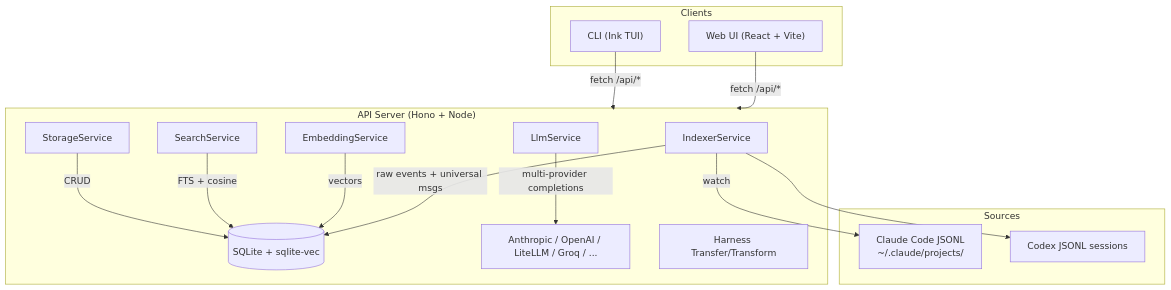
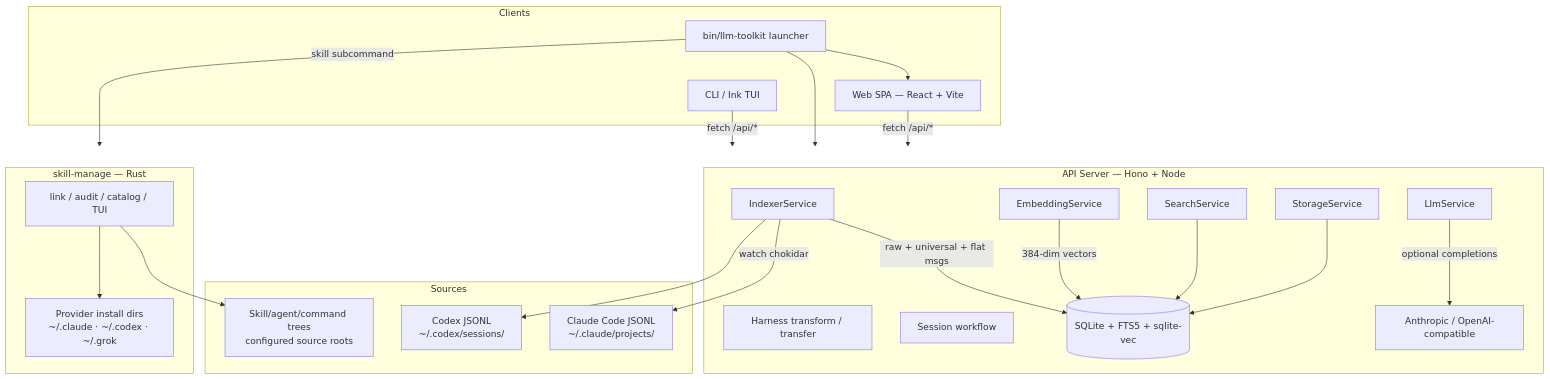
One commit to the-robot-lives/llm-toolkit changed the diagram in docs/PROJ-ARCH.md. Above: the diagram before and after it, drawn with Mermaid. The commit also changed other lines of this file and 10 other files, not shown here.

````diff
--- a/docs/PROJ-ARCH.md
+++ b/docs/PROJ-ARCH.md
@@ -11,26 +13,43 @@
 ```mermaid
 graph TB
     subgraph Sources
         CC["Claude Code JSONL<br/>~/.claude/projects/"]
-        CX["Codex JSONL sessions"]
+        CX["Codex JSONL<br/>~/.codex/sessions/"]
+        SK["Skill/agent/command trees<br/>configured source roots"]
     end
 
-    subgraph API["API Server (Hono + Node)"]
-        IDX[IndexerService] -->|raw events + universal msgs| DB[(SQLite + sqlite-vec)]
-        EMB[EmbeddingService] -->|vectors| DB
-        SRH[SearchService] -->|FTS + cosine| DB
-        STO[StorageService] -->|CRUD| DB
-        LLM[LlmService] -->|multi-provider completions| EXT["Anthropic / OpenAI / LiteLLM / Groq / ..."]
-        XFR[Harness Transfer/Transform]
-        IDX -->|watch| CC
+    subgraph API["API Server — Hono + Node"]
+        IDX[IndexerService]
+        EMB[EmbeddingService]
+        SRH[SearchService]
+        STO[StorageService]
+        LLM[LlmService]
+        XFR[Harness transform / transfer]
+        SESS[Session workflow]
+        IDX -->|raw + universal + flat msgs| DB[(SQLite + FTS5 + sqlite-vec)]
+        EMB -->|384-dim vectors| DB
+        SRH --> DB
+        STO --> DB
+        LLM -->|optional completions| EXT["Anthropic / OpenAI-compatible"]
+        IDX -->|watch chokidar| CC
         IDX --> CX
     end
 
     subgraph Clients
-        WEB["Web UI (React + Vite)"]
-        CLI["CLI (Ink TUI)"]
+        WEB["Web SPA — React + Vite"]
+        CLI["CLI / Ink TUI"]
+        BIN["bin/llm-toolkit launcher"]
+    end
+
+    subgraph SkillManage["skill-manage — Rust"]
+        SM[link / audit / catalog / TUI]
+        SM --> SK
+        SM --> DEST["Provider install dirs<br/>~/.claude · ~/.codex · ~/.grok"]
     end
 
     WEB -->|fetch /api/*| API
     CLI -->|fetch /api/*| API
+    BIN --> WEB
+    BIN --> API
+    BIN -->|skill subcommand| SkillManage
 ```
````
